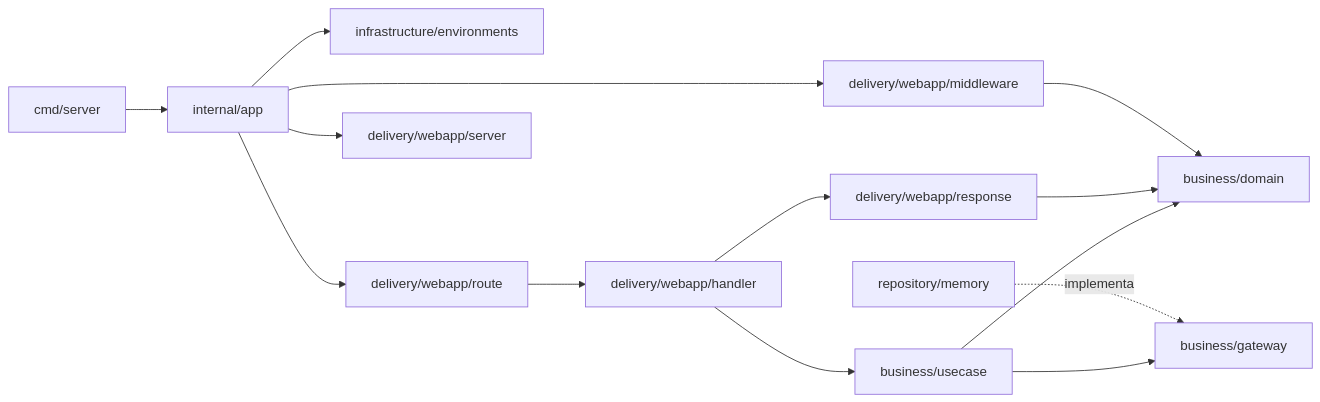
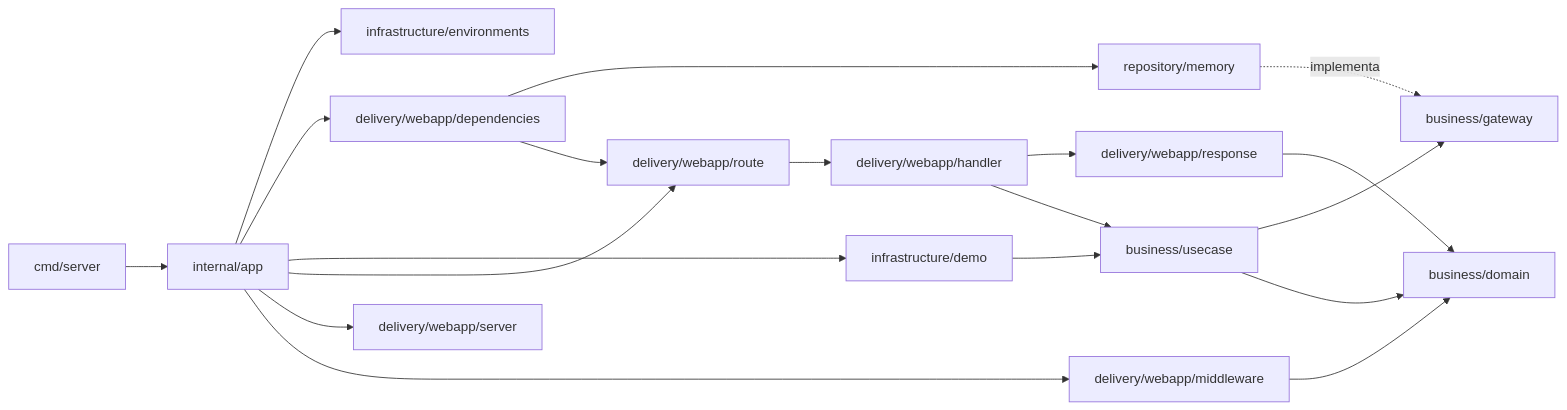
One commit to juanmantovani/Market changed the second of 2 diagrams in docs/architecture.md. Above: the diagram before and after it, drawn with Mermaid. The commit also changed other lines of this file and 4 other files, not shown here.

````diff
--- a/docs/architecture.md
+++ b/docs/architecture.md
@@ -48,16 +55,21 @@
 ```mermaid
 flowchart LR
     main["cmd/server"] --> app["internal/app"]
     app --> environments["infrastructure/environments"]
+    app --> deps["delivery/webapp/dependencies"]
+    app --> demo["infrastructure/demo"]
     app --> route["delivery/webapp/route"]
     app --> server["delivery/webapp/server"]
     app --> middleware["delivery/webapp/middleware"]
+    deps --> memory
+    deps --> route
+    demo --> usecase
     route --> handler["delivery/webapp/handler"]
     handler --> response["delivery/webapp/response"]
     handler --> usecase["business/usecase"]
     usecase --> gateway["business/gateway"]
     usecase --> domain["business/domain"]
     memory["repository/memory"] -.implementa.-> gateway
     response --> domain
     middleware --> domain
 ```
````
